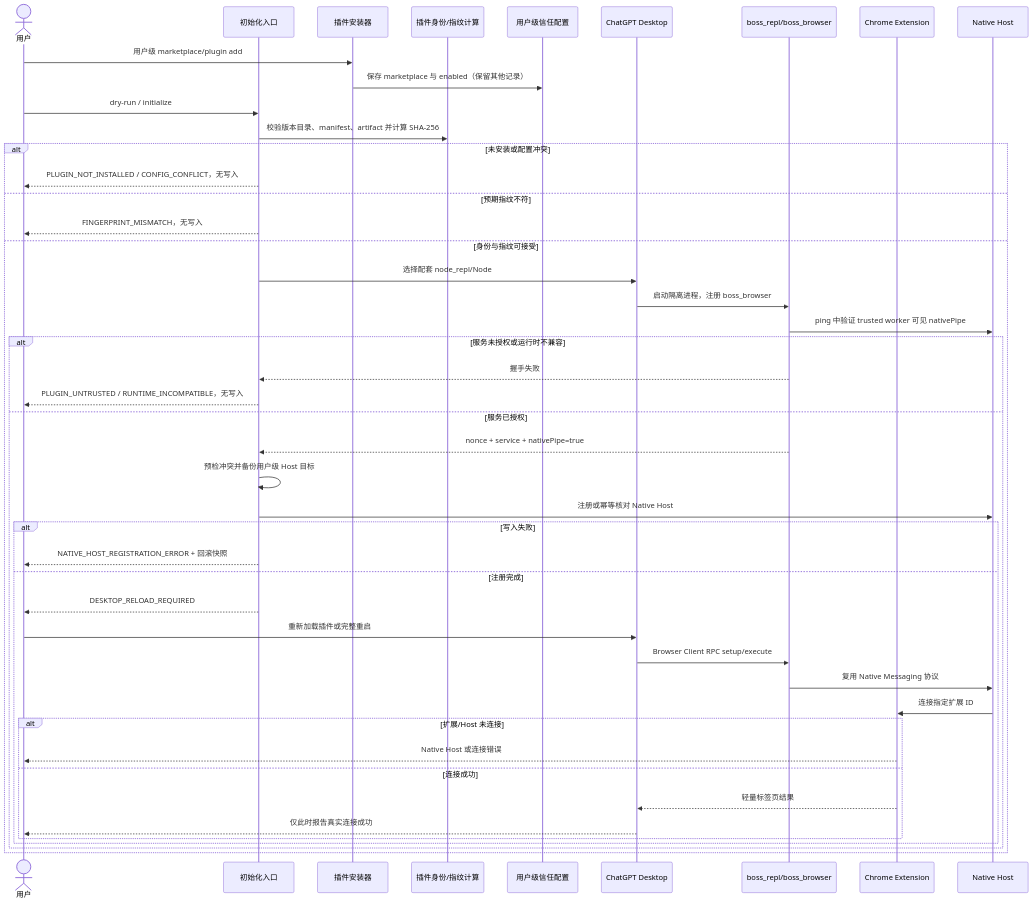
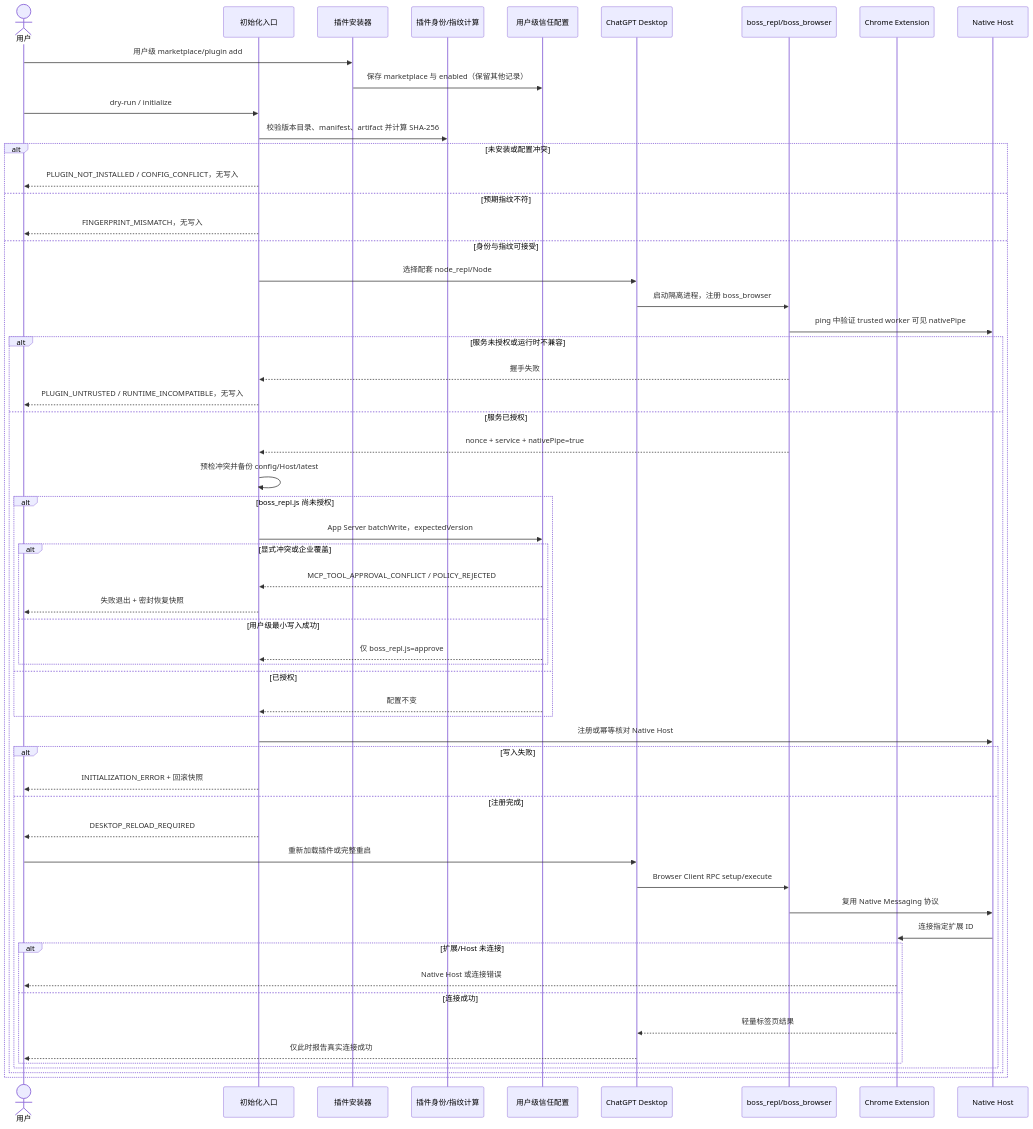
Before and after one commit to glide-the/boss-agent-work: the diagram in docs/personal-plugin-trust-design.md, drawn with Mermaid. The commit also changed other lines of this file and 27 other files, not shown here.

````diff
--- a/docs/personal-plugin-trust-design.md
+++ b/docs/personal-plugin-trust-design.md
@@ -106,49 +112,60 @@
 ```mermaid
 sequenceDiagram
     actor U as 用户
     participant I as 初始化入口
     participant P as 插件安装器
     participant F as 插件身份/指纹计算
     participant C as 用户级信任配置
     participant D as ChatGPT Desktop
     participant R as boss_repl/boss_browser
     participant E as Chrome Extension
     participant N as Native Host
 
     U->>P: 用户级 marketplace/plugin add
     P->>C: 保存 marketplace 与 enabled（保留其他记录）
     U->>I: dry-run / initialize
     I->>F: 校验版本目录、manifest、artifact 并计算 SHA-256
     alt 未安装或配置冲突
         I-->>U: PLUGIN_NOT_INSTALLED / CONFIG_CONFLICT，无写入
     else 预期指纹不符
         I-->>U: FINGERPRINT_MISMATCH，无写入
     else 身份与指纹可接受
         I->>D: 选择配套 node_repl/Node
         D->>R: 启动隔离进程，注册 boss_browser
         R->>N: ping 中验证 trusted worker 可见 nativePipe
         alt 服务未授权或运行时不兼容
             R-->>I: 握手失败
             I-->>U: PLUGIN_UNTRUSTED / RUNTIME_INCOMPATIBLE，无写入
         else 服务已授权
             R-->>I: nonce + service + nativePipe=true
-            I->>I: 预检冲突并备份用户级 Host 目标
+            I->>I: 预检冲突并备份 config/Host/latest
+            alt boss_repl.js 尚未授权
+                I->>C: App Server batchWrite，expectedVersion
+                alt 显式冲突或企业覆盖
+                    C-->>I: MCP_TOOL_APPROVAL_CONFLICT / POLICY_REJECTED
+                    I-->>U: 失败退出 + 密封恢复快照
+                else 用户级最小写入成功
+                    C-->>I: 仅 boss_repl.js=approve
+                end
+            else 已授权
+                C-->>I: 配置不变
+            end
             I->>N: 注册或幂等核对 Native Host
             alt 写入失败
-                I-->>U: NATIVE_HOST_REGISTRATION_ERROR + 回滚快照
+                I-->>U: INITIALIZATION_ERROR + 回滚快照
             else 注册完成
                 I-->>U: DESKTOP_RELOAD_REQUIRED
                 U->>D: 重新加载插件或完整重启
                 D->>R: Browser Client RPC setup/execute
                 R->>N: 复用 Native Messaging 协议
                 N->>E: 连接指定扩展 ID
                 alt 扩展/Host 未连接
                     E-->>U: Native Host 或连接错误
                 else 连接成功
                     E-->>D: 轻量标签页结果
                     D-->>U: 仅此时报告真实连接成功
                 end
             end
         end
     end
 ```
````
